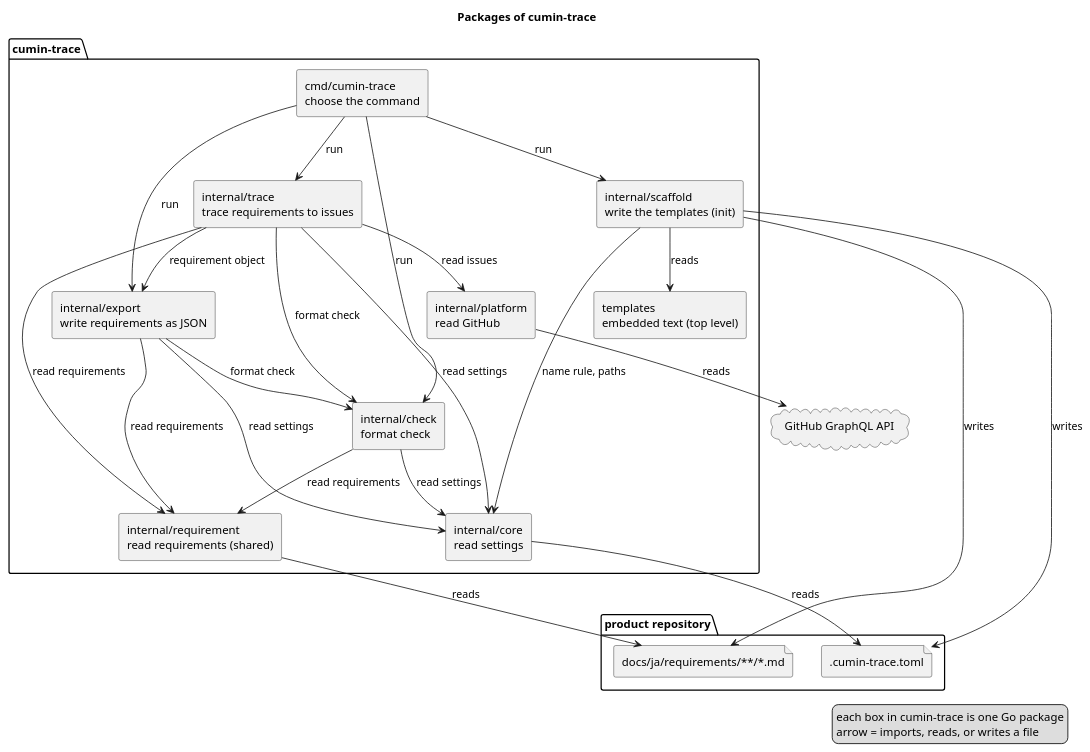
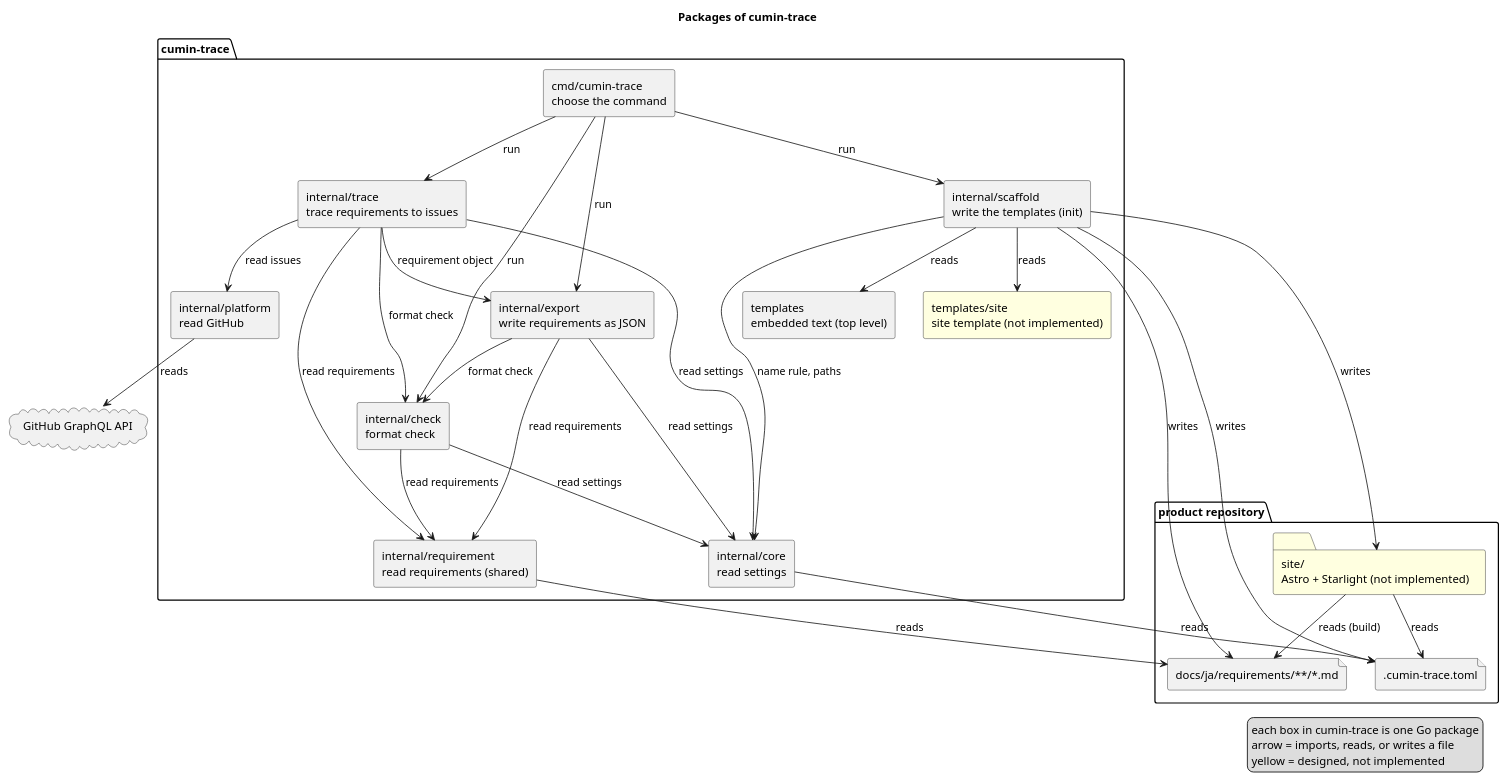
One commit to cloveclovedev/cumin-trace changed the diagram in docs/ja/architecture/overview.puml. Above: the diagram before and after it, drawn with PlantUML. The commit also changed 10 other files, not shown here.

```diff
--- a/docs/ja/architecture/overview.puml
+++ b/docs/ja/architecture/overview.puml
@@ -1,51 +1,58 @@
 @startuml overview
 title Packages of cumin-trace
 skinparam shadowing false
 skinparam componentStyle rectangle
 
 package "product repository" {
   file ".cumin-trace.toml" as toml
   file "docs/ja/requirements/**/*.md" as docs
+  folder "site/\nAstro + Starlight (not implemented)" as site #LightYellow
 }
 
 package "cumin-trace" {
   [cmd/cumin-trace\nchoose the command] as cmd
   [internal/check\nformat check] as check
   [internal/requirement\nread requirements (shared)] as requirement
   [internal/core\nread settings] as core
   [internal/export\nwrite requirements as JSON] as export
   [internal/scaffold\nwrite the templates (init)] as scaffold
   [templates\nembedded text (top level)] as templates
+  [templates/site\nsite template (not implemented)] as tsite #LightYellow
   [internal/trace\ntrace requirements to issues] as trace
   [internal/platform\nread GitHub] as platform
 }
 
 cloud "GitHub GraphQL API" as api
 
 cmd --> check : run
 cmd --> export : run
 cmd --> scaffold : run
 cmd --> trace : run
 export --> check : format check
 export --> requirement : read requirements
 export --> core : read settings
 trace --> check : format check
 trace --> requirement : read requirements
 trace --> core : read settings
 trace --> export : requirement object
 trace --> platform : read issues
 platform --> api : reads
 scaffold --> templates : reads
 scaffold --> core : name rule, paths
 scaffold --> toml : writes
 scaffold --> docs : writes
+scaffold --> tsite : reads
+scaffold --> site : writes
+site --> toml : reads
+site --> docs : reads (build)
 check --> requirement : read requirements
 check --> core : read settings
 core --> toml : reads
 requirement --> docs : reads
 
 legend right
   each box in cumin-trace is one Go package
   arrow = imports, reads, or writes a file
+  yellow = designed, not implemented
 endlegend
 @enduml
```
